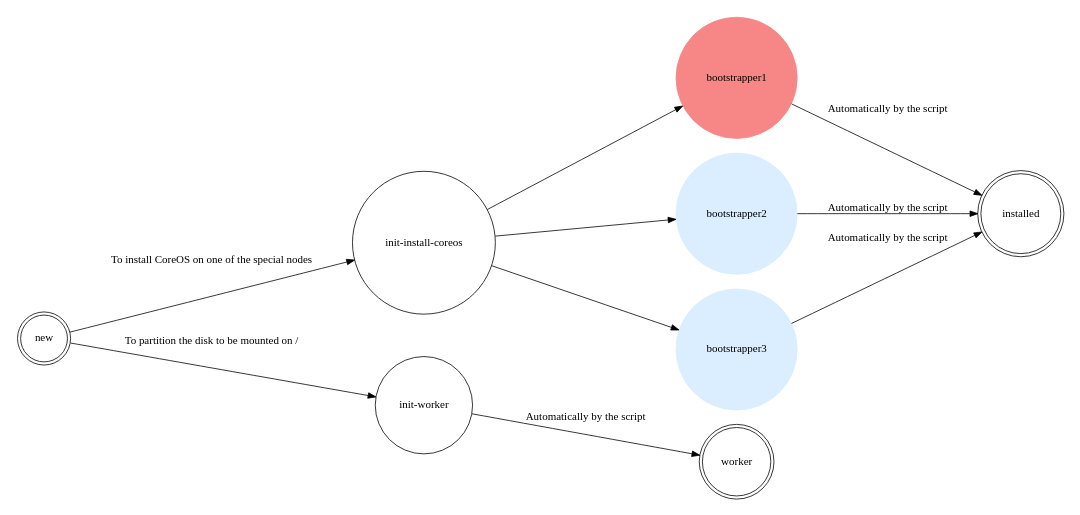
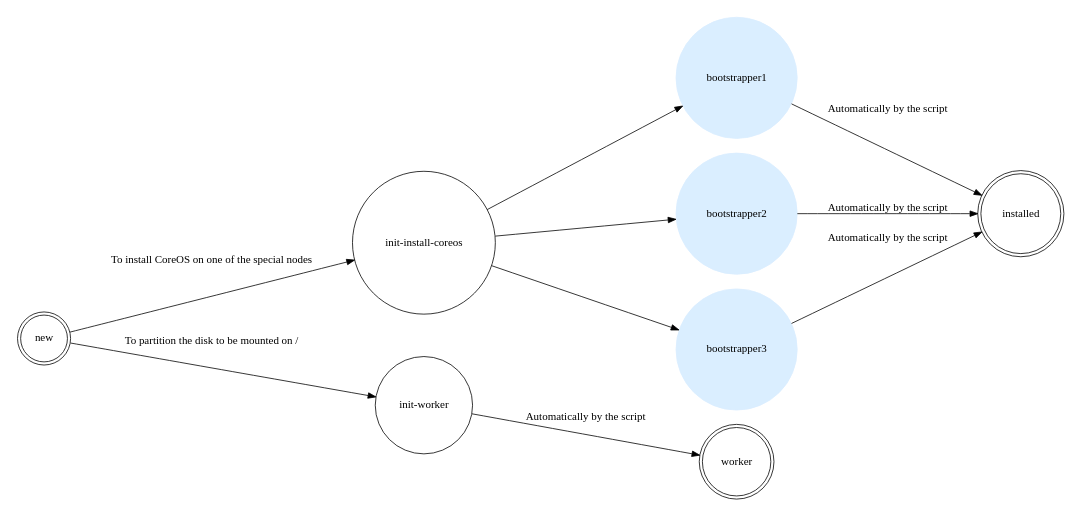
One commit to cafebazaar/blacksmith-kubernetes changed the diagram in Doc/StateMachine.dot. Above: the diagram before and after it, drawn with Graphviz.

Commit message:
minor: there's no different between masters

```diff
--- a/Doc/StateMachine.dot
+++ b/Doc/StateMachine.dot
@@ -1,18 +1,18 @@
 digraph finite_state_machine {
 	rankdir=LR;
 	size="8,5"
 	node [shape = doublecircle]; new installed worker;
 	node [shape = circle ];
-	bootstrapper1 [style=filled, color="#f78787"];
+	bootstrapper1 [style=filled, color="#daeeff"];
 	bootstrapper2 [style=filled, color="#daeeff"];
 	bootstrapper3 [style=filled, color="#daeeff"];
 	new -> "init-install-coreos" [ label = "To install CoreOS on one of the special nodes" ];
 	"init-install-coreos" -> bootstrapper1 [ label = "" ];
   "init-install-coreos" -> bootstrapper2 [ label = "" ];
   "init-install-coreos" -> bootstrapper3 [ label = "" ];
   bootstrapper1 -> installed [ label = "Automatically by the script" ];
   bootstrapper2 -> installed [ label = "Automatically by the script" ];
   bootstrapper3 -> installed [ label = "Automatically by the script" ];
   new -> "init-worker" [ label = "To partition the disk to be mounted on /" ];
   "init-worker" -> worker [ label = "Automatically by the script" ];
 }
```
